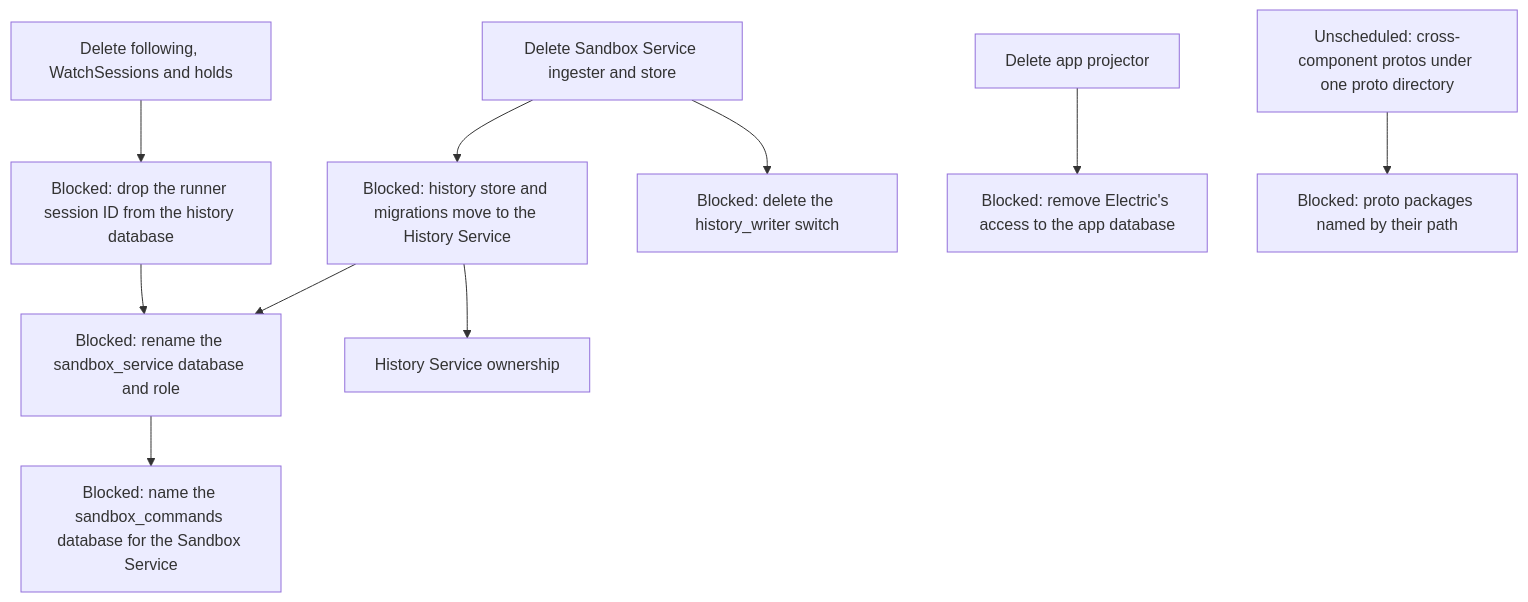
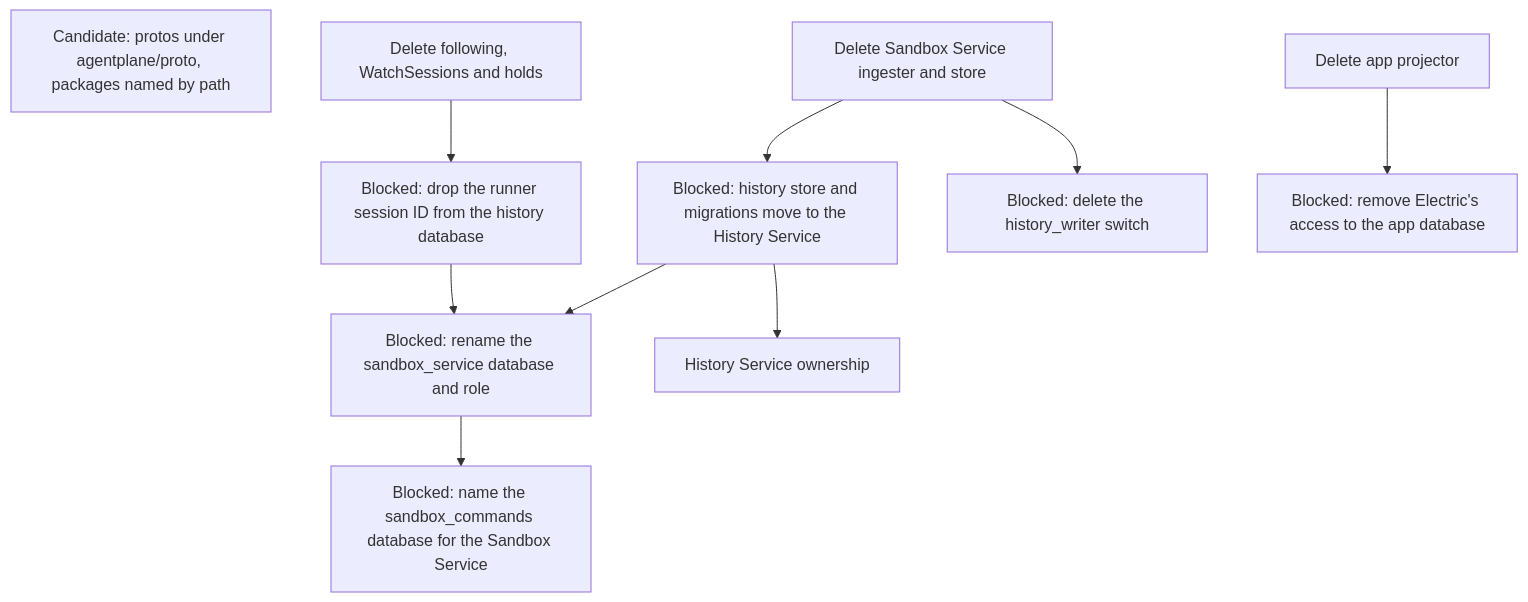
The tenth of 12 diagrams in agentplane/plans/task_dag.md (agentydragon/ducktape), drawn with Mermaid before and after one commit. The commit also changed other lines of this file and 6 other files, not shown here.

First line of the commit message:
agentplane: start agentplane/proto with runner_ingress.proto, package agentplane.proto.runner_ingress

````diff
--- a/agentplane/plans/task_dag.md
+++ b/agentplane/plans/task_dag.md
@@ -776,23 +776,21 @@
 ```mermaid
 flowchart TD
     HISTORY_RUNNER_SESSION_ID_DROP[Blocked: drop the runner session ID from the history database]
     HISTORY_STORE_MOVE[Blocked: history store and migrations move to the History Service]
     HISTORY_WRITER_SWITCH_RETIRE[Blocked: delete the history_writer switch]
     HISTORY_DATABASE_RENAME[Blocked: rename the sandbox_service database and role]
     SANDBOX_DATABASE_RENAME[Blocked: name the sandbox_commands database for the Sandbox Service]
     APP_ELECTRIC_RETIRE[Blocked: remove Electric's access to the app database]
-    PROTO_DIRECTORY[Unscheduled: cross-component protos under one proto directory]
-    PROTO_PACKAGE_NAMES[Blocked: proto packages named by their path]
-    PROTO_DIRECTORY --> PROTO_PACKAGE_NAMES
+    PROTO_DIRECTORY[Candidate: protos under agentplane/proto, packages named by path]
     SANDBOX_LOCAL_HISTORY_RETIRE[Delete Sandbox Service ingester and store]
     APP_PROJECTOR_RETIRE[Delete app projector]
     HISTORY_SERVICE_OWNERSHIP[History Service ownership]
     SANDBOX_LOCAL_HISTORY_RETIRE --> HISTORY_STORE_MOVE
     SANDBOX_LOCAL_HISTORY_RETIRE --> HISTORY_WRITER_SWITCH_RETIRE
     HISTORY_STORE_MOVE --> HISTORY_SERVICE_OWNERSHIP
     HISTORY_STORE_MOVE --> HISTORY_DATABASE_RENAME
     FOLLOW_PATH_RETIRE[Delete following, WatchSessions and holds] --> HISTORY_RUNNER_SESSION_ID_DROP
     HISTORY_RUNNER_SESSION_ID_DROP --> HISTORY_DATABASE_RENAME
     HISTORY_DATABASE_RENAME --> SANDBOX_DATABASE_RENAME
     APP_PROJECTOR_RETIRE --> APP_ELECTRIC_RETIRE
 ```
````
